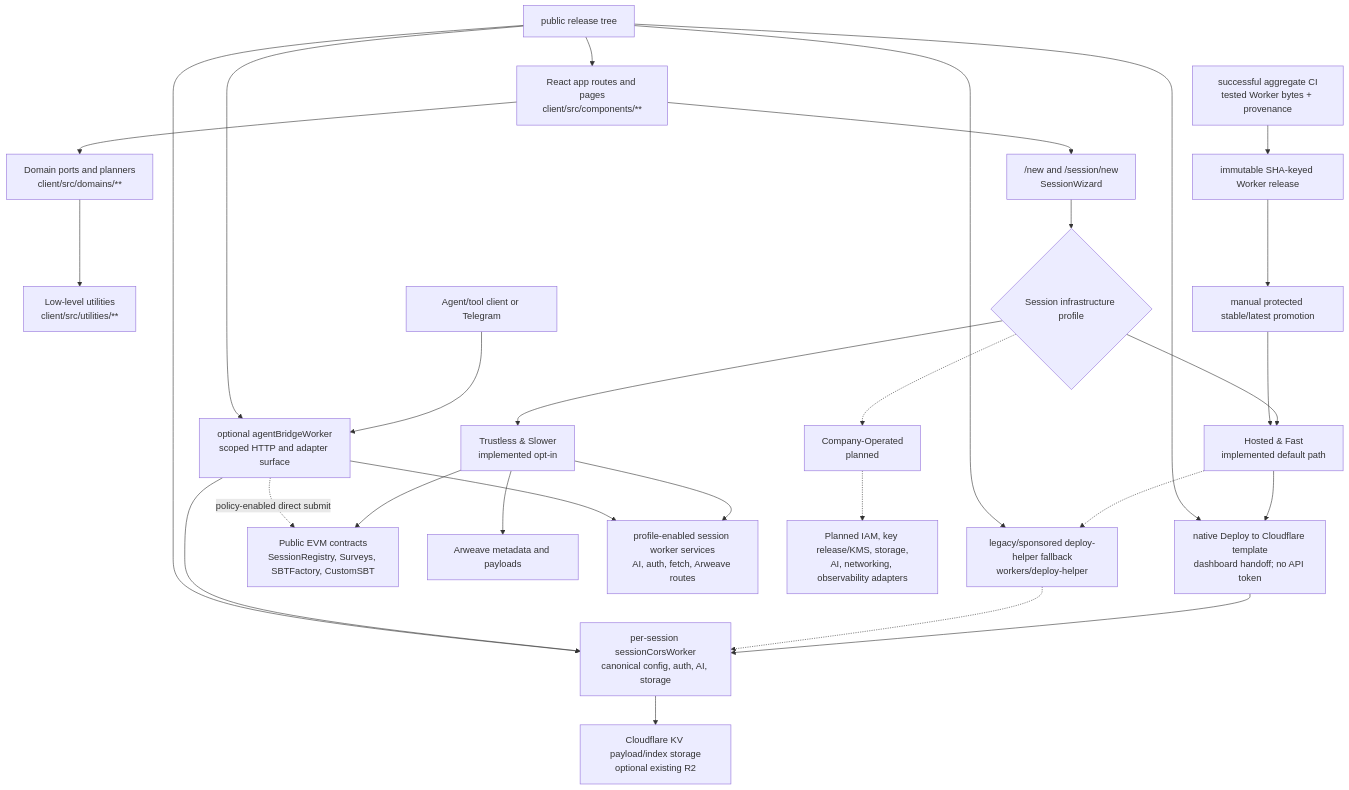
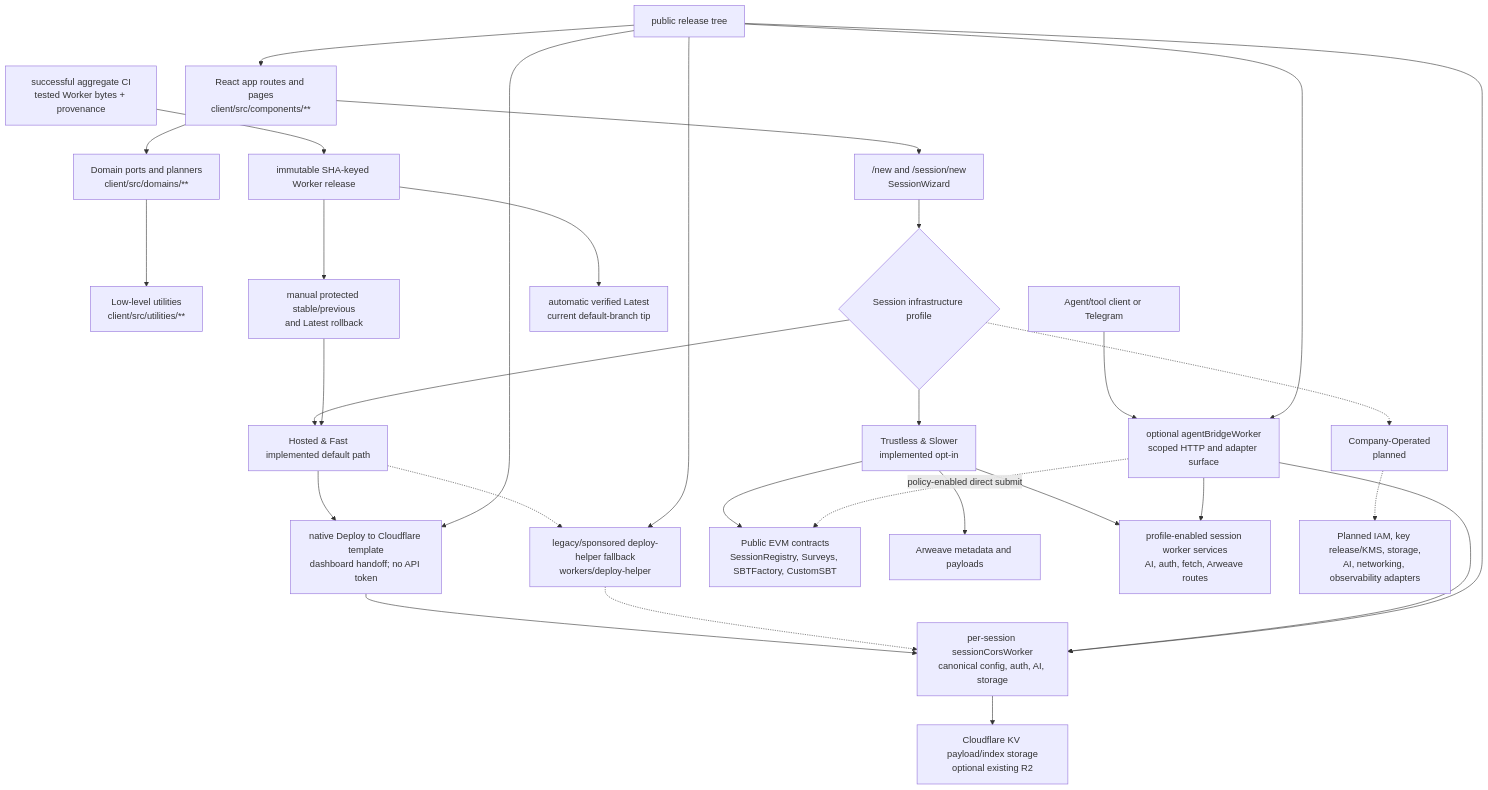
The diagram in docs/architecture-overview.md (AgalmicSoftware/context-engine), drawn with Mermaid before and after one commit. The commit also changed 9 other files, not shown here.

First line of the commit message:
fix: advance Latest after verified publication

````diff
--- a/docs/architecture-overview.md
+++ b/docs/architecture-overview.md
@@ -30,31 +30,32 @@
 ```mermaid
 flowchart TD
   Browser["React app routes and pages<br/>client/src/components/**"] --> Domains["Domain ports and planners<br/>client/src/domains/**"]
   Domains --> Utilities["Low-level utilities<br/>client/src/utilities/**"]
   Browser --> Wizard["/new and /session/new<br/>SessionWizard"]
   Wizard --> ProfileChoice{"Session infrastructure profile"}
   ProfileChoice --> Hosted["Hosted & Fast<br/>implemented default path"]
   ProfileChoice --> Trustless["Trustless & Slower<br/>implemented opt-in"]
   ProfileChoice -.-> Company["Company-Operated<br/>planned"]
   Hosted --> NativeTemplate["native Deploy to Cloudflare template<br/>dashboard handoff; no API token"]
   NativeTemplate --> HostedWorker["per-session sessionCorsWorker<br/>canonical config, auth, AI, storage"]
   Hosted -.-> DeployHelper["legacy/sponsored deploy-helper fallback<br/>workers/deploy-helper"]
   DeployHelper -.-> HostedWorker
   HostedWorker --> CloudflareStorage["Cloudflare KV payload/index storage<br/>optional existing R2"]
   AgentClient["Agent/tool client or Telegram"] --> AgentBridge["optional agentBridgeWorker<br/>scoped HTTP and adapter surface"]
   AgentBridge --> HostedWorker
   Trustless --> Contracts["Public EVM contracts<br/>SessionRegistry, Surveys, SBTFactory, CustomSBT"]
   Trustless --> Arweave["Arweave metadata and payloads"]
   Trustless --> WorkerServices["profile-enabled session worker services<br/>AI, auth, fetch, Arweave routes"]
   AgentBridge --> WorkerServices
   AgentBridge -.->|policy-enabled direct submit| Contracts
   Company -.-> OrgAdapters["Planned IAM, key release/KMS, storage,<br/>AI, networking, observability adapters"]
   PublicRelease["public release tree"] --> Browser
   PublicRelease --> HostedWorker
   PublicRelease --> NativeTemplate
   PublicRelease --> DeployHelper
   PublicRelease --> AgentBridge
   AggregateCI["successful aggregate CI<br/>tested Worker bytes + provenance"] --> ImmutableWorkerRelease["immutable SHA-keyed Worker release"]
-  ImmutableWorkerRelease --> ProtectedPromotion["manual protected stable/latest promotion"]
+  ImmutableWorkerRelease --> AutomaticLatest["automatic verified Latest<br/>current default-branch tip"]
+  ImmutableWorkerRelease --> ProtectedPromotion["manual protected stable/previous<br/>and Latest rollback"]
   ProtectedPromotion --> Hosted
 ```
````
